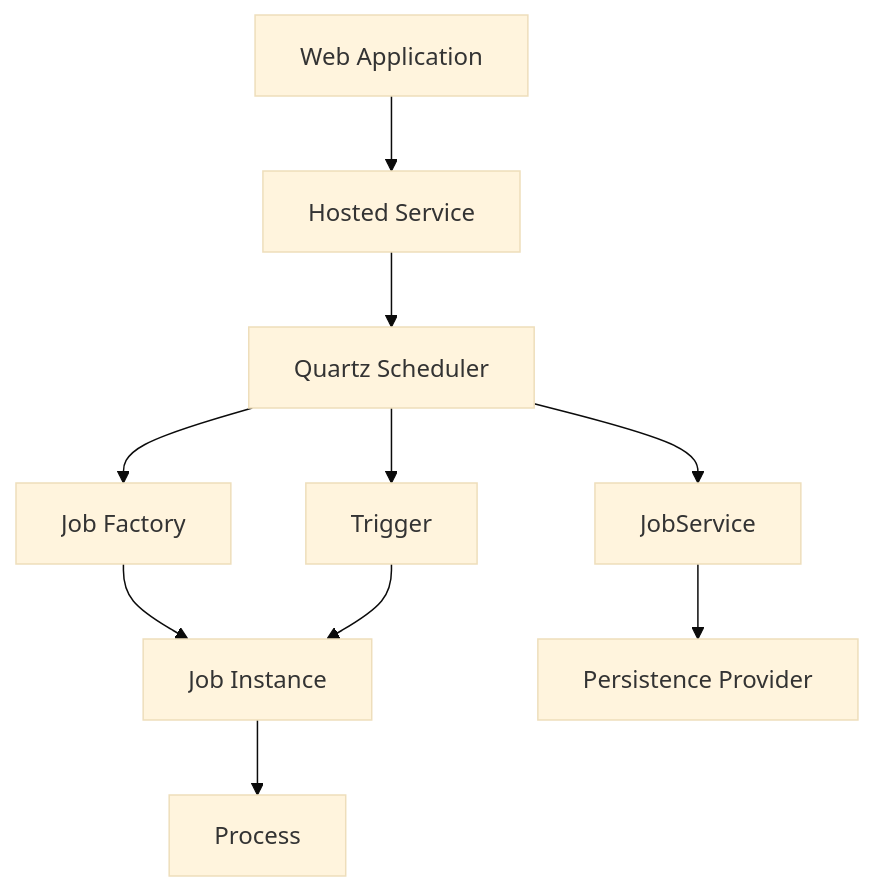
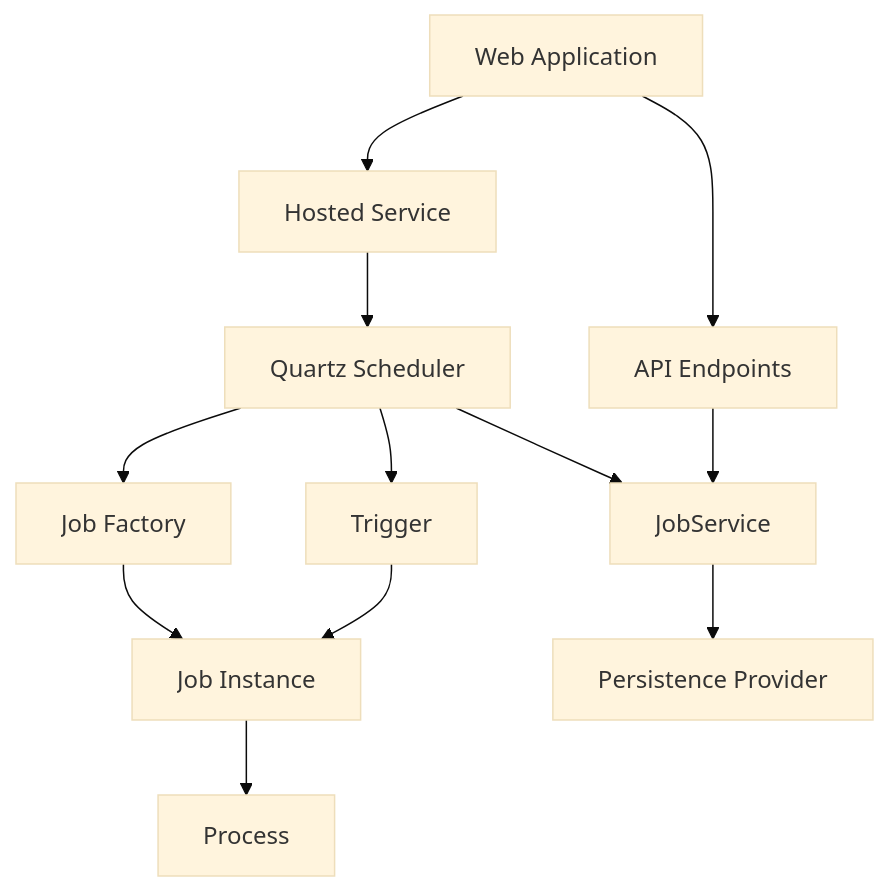
One commit to BridgingIT-GmbH/bITdevKit changed the diagram in docs/features-jobscheduling.md. Above: the diagram before and after it, drawn with Mermaid (base theme). The commit also changed other lines of this file and 4 other files, not shown here.

````diff
--- a/docs/features-jobscheduling.md
+++ b/docs/features-jobscheduling.md
@@ -242,12 +264,14 @@
 ```mermaid
 graph TD
     A[Web Application] --> B[Hosted Service]
     B --> C[Quartz Scheduler]
     C --> D[Job Factory]
     D --> E[Job Instance]
     E --> F[Process]
     C --> H[Trigger]
     H --> E
     C --> I[JobService]
     I --> J[Persistence Provider]
+    A --> K[API Endpoints]
+    K --> I
 ```
````
